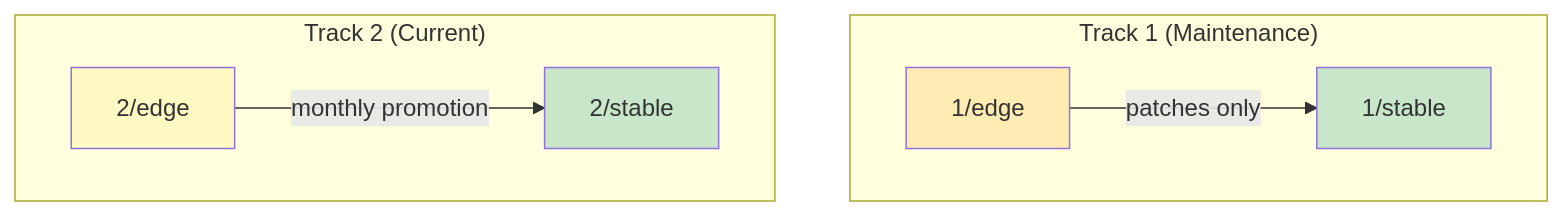
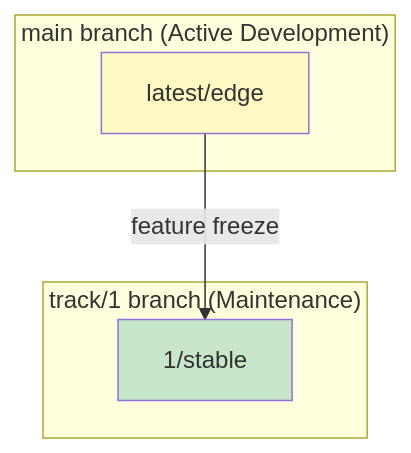
Before and after one commit to charmarr/charmarr-meta: the first of 4 diagrams in adr/apps/adr-014-release-flow.md, drawn with Mermaid. The commit also changed other lines of this file, not shown here.

````diff
--- a/adr/apps/adr-014-release-flow.md
+++ b/adr/apps/adr-014-release-flow.md
@@ -80,20 +80,15 @@
 ```mermaid
 graph TB
-    subgraph Track1["Track 1 (Maintenance)"]
-        E1[1/edge]
+    subgraph Latest["main branch (Active Development)"]
+        LE[latest/edge]
+    end
+
+    subgraph Track1["track/1 branch (Maintenance)"]
         S1[1/stable]
     end
 
-    subgraph Track2["Track 2 (Current)"]
-        E2[2/edge]
-        S2[2/stable]
-    end
+    LE -->|feature freeze| S1
 
-    E1 -->|patches only| S1
-    E2 -->|monthly promotion| S2
-
-    style E1 fill:#ffecb3
-    style E2 fill:#fff9c4
+    style LE fill:#fff9c4
     style S1 fill:#c8e6c9
-    style S2 fill:#c8e6c9
 ```
````
